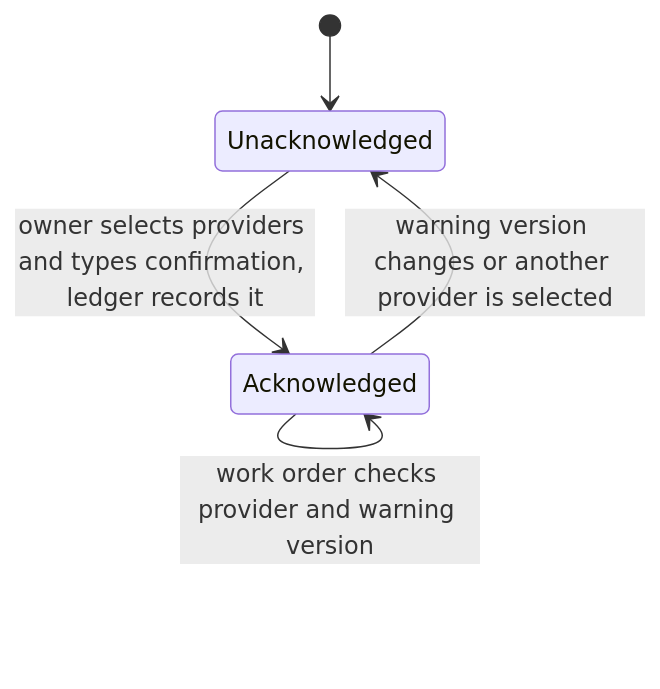
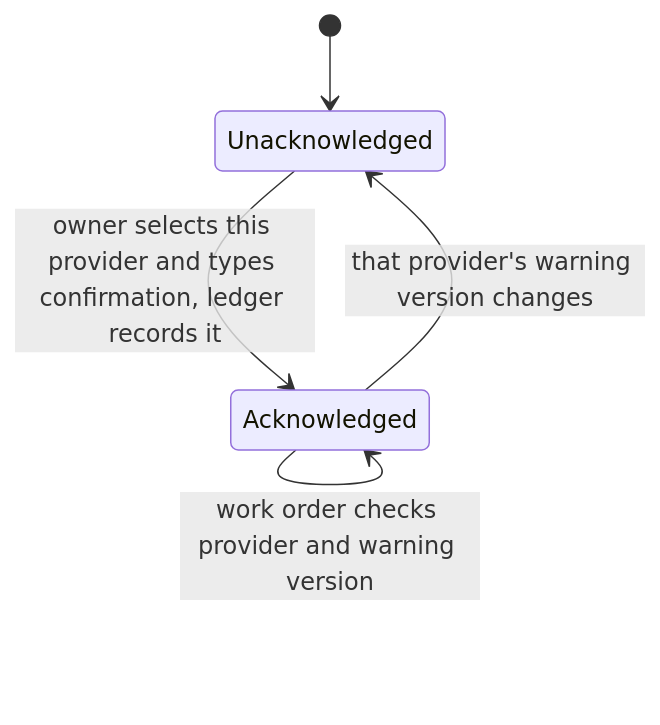
Before and after one commit to crenshawdev/baley: the second of 7 diagrams in docs/design/0003-configuration-and-routing.md, drawn with Mermaid. The commit also changed other lines of this file and 9 other files, not shown here.

````diff
--- a/docs/design/0003-configuration-and-routing.md
+++ b/docs/design/0003-configuration-and-routing.md
@@ -420,7 +438,7 @@
 ```mermaid
 stateDiagram-v2
   [*] --> Unacknowledged
-  Unacknowledged --> Acknowledged: owner selects providers and types confirmation, ledger records it
-  Acknowledged --> Unacknowledged: warning version changes or another provider is selected
+  Unacknowledged --> Acknowledged: owner selects this provider and types confirmation, ledger records it
+  Acknowledged --> Unacknowledged: that provider's warning version changes
   Acknowledged --> Acknowledged: work order checks provider and warning version
 ```
````
